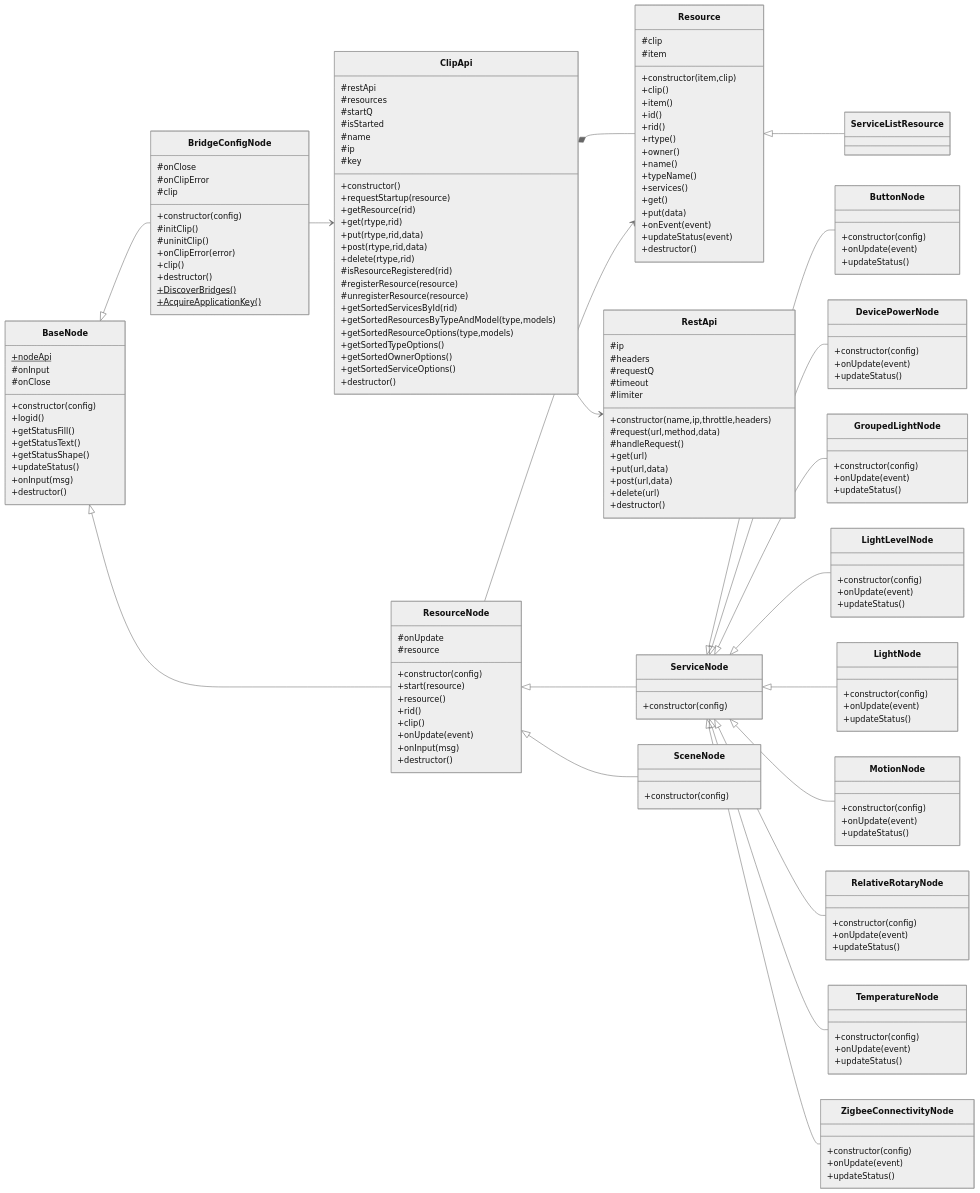
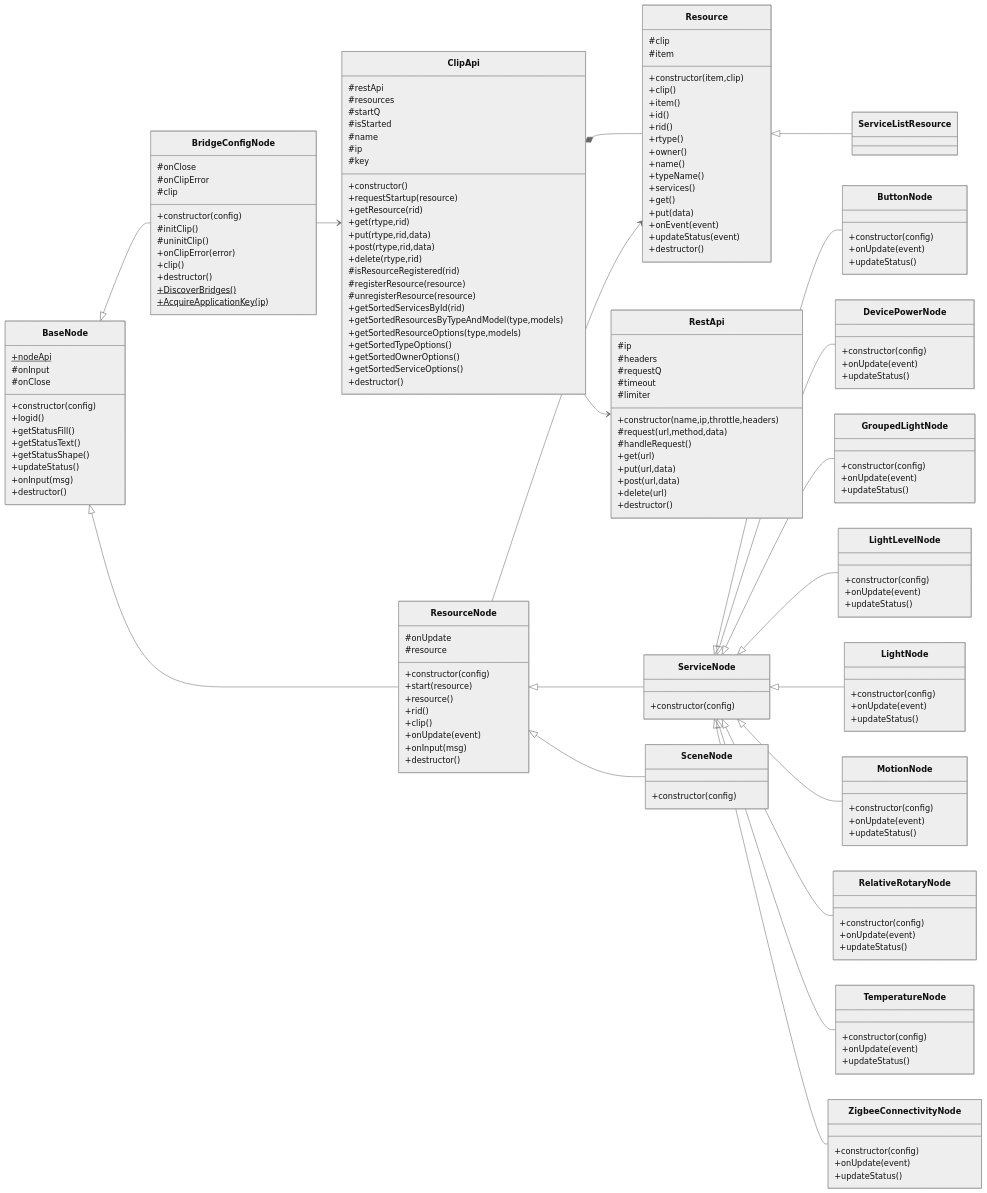
Before and after one commit to hurenkam/node-red-hue-services: the third of 3 diagrams in README.md, drawn with Mermaid (neutral theme).

```diff
--- a/README.md
+++ b/README.md
@@ -134,7 +134,7 @@
     +destructor()
     
     +DiscoverBridges()$
-    +AcquireApplicationKey()$
+    +AcquireApplicationKey(ip)$
 }
 
 class ClipApi {
```
